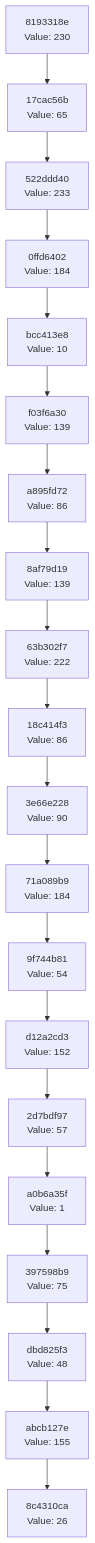
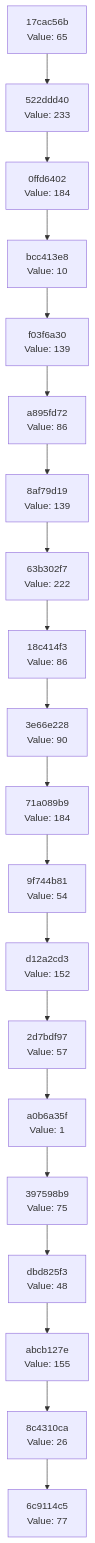
The diagram in docs/CHAIN_VISUALIZATION.md (Abhisheksinha1506/hash-chain-evolver), drawn with Mermaid before and after one commit. The commit also changed 3 other files, not shown here.

````diff
--- a/docs/CHAIN_VISUALIZATION.md
+++ b/docs/CHAIN_VISUALIZATION.md
@@ -3,42 +3,42 @@
 ```mermaid
 graph TD
-    C0["8c4310ca<br/>Value: 26"]
-    C1["abcb127e<br/>Value: 155"]
+    C0["6c9114c5<br/>Value: 77"]
+    C1["8c4310ca<br/>Value: 26"]
     C1 --> C0
-    C2["dbd825f3<br/>Value: 48"]
+    C2["abcb127e<br/>Value: 155"]
     C2 --> C1
-    C3["397598b9<br/>Value: 75"]
+    C3["dbd825f3<br/>Value: 48"]
     C3 --> C2
-    C4["a0b6a35f<br/>Value: 1"]
+    C4["397598b9<br/>Value: 75"]
     C4 --> C3
-    C5["2d7bdf97<br/>Value: 57"]
+    C5["a0b6a35f<br/>Value: 1"]
     C5 --> C4
-    C6["d12a2cd3<br/>Value: 152"]
+    C6["2d7bdf97<br/>Value: 57"]
     C6 --> C5
-    C7["9f744b81<br/>Value: 54"]
+    C7["d12a2cd3<br/>Value: 152"]
     C7 --> C6
-    C8["71a089b9<br/>Value: 184"]
+    C8["9f744b81<br/>Value: 54"]
     C8 --> C7
-    C9["3e66e228<br/>Value: 90"]
+    C9["71a089b9<br/>Value: 184"]
     C9 --> C8
-    C10["18c414f3<br/>Value: 86"]
+    C10["3e66e228<br/>Value: 90"]
     C10 --> C9
-    C11["63b302f7<br/>Value: 222"]
+    C11["18c414f3<br/>Value: 86"]
     C11 --> C10
-    C12["8af79d19<br/>Value: 139"]
+    C12["63b302f7<br/>Value: 222"]
     C12 --> C11
-    C13["a895fd72<br/>Value: 86"]
+    C13["8af79d19<br/>Value: 139"]
     C13 --> C12
-    C14["f03f6a30<br/>Value: 139"]
+    C14["a895fd72<br/>Value: 86"]
     C14 --> C13
-    C15["bcc413e8<br/>Value: 10"]
+    C15["f03f6a30<br/>Value: 139"]
     C15 --> C14
-    C16["0ffd6402<br/>Value: 184"]
+    C16["bcc413e8<br/>Value: 10"]
     C16 --> C15
-    C17["522ddd40<br/>Value: 233"]
+    C17["0ffd6402<br/>Value: 184"]
     C17 --> C16
-    C18["17cac56b<br/>Value: 65"]
+    C18["522ddd40<br/>Value: 233"]
     C18 --> C17
-    C19["8193318e<br/>Value: 230"]
+    C19["17cac56b<br/>Value: 65"]
     C19 --> C18
 ```
````
